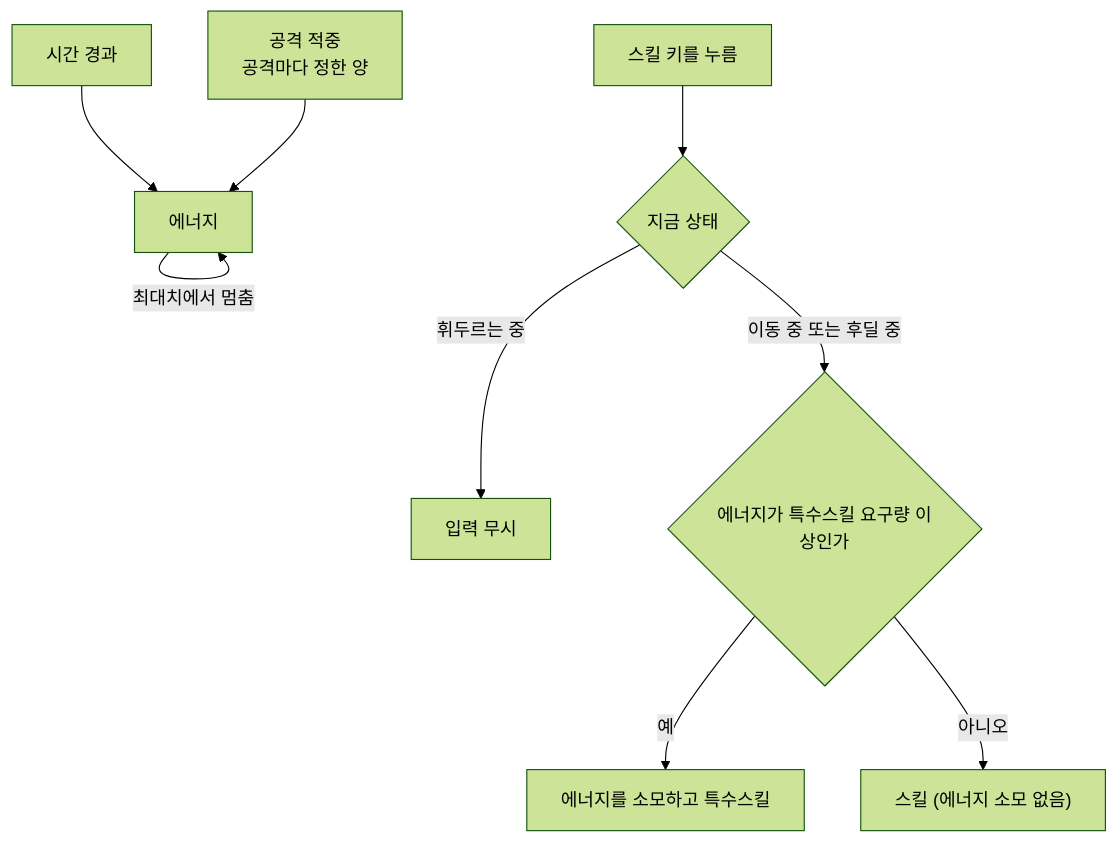
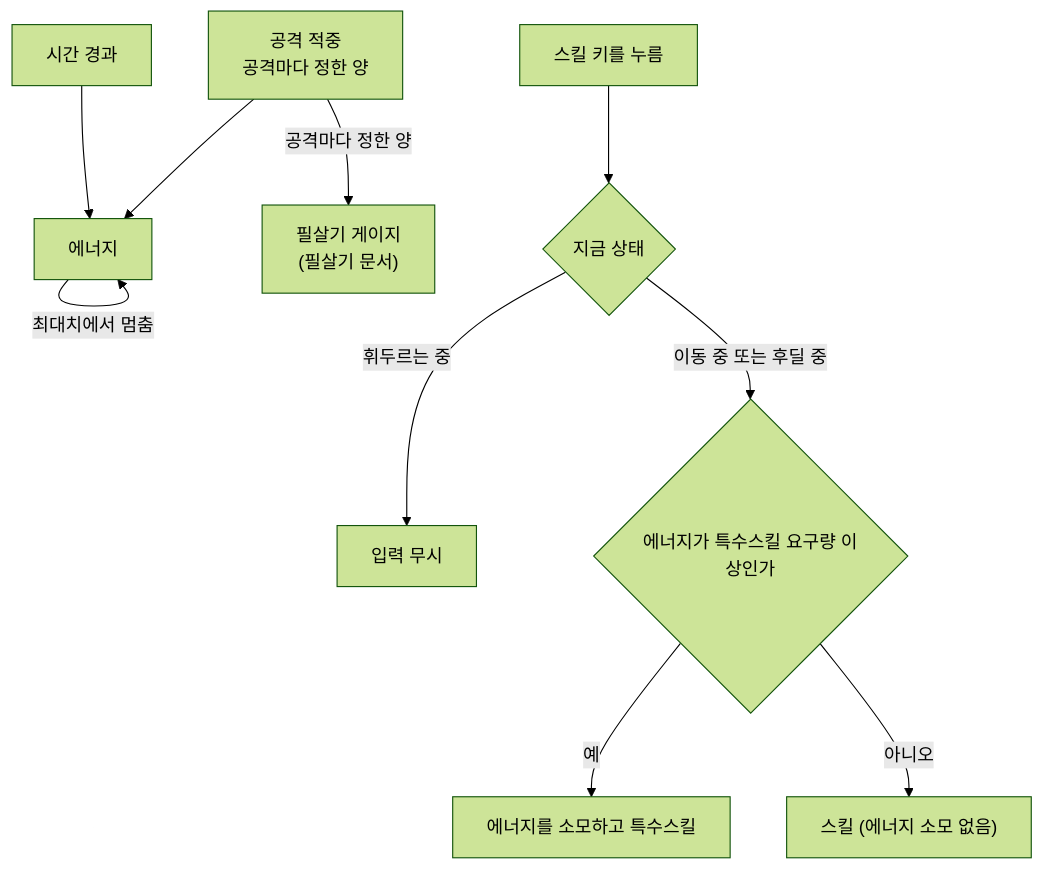
The fifth of 5 diagrams in Docs/Technical/Player/PlayerAttack.md (SquashPrince/Develrocket_mp15_HHH), drawn with Mermaid (forest theme) before and after one commit. The commit also changed other lines of this file and 6 other files, not shown here.

````diff
--- a/Docs/Technical/Player/PlayerAttack.md
+++ b/Docs/Technical/Player/PlayerAttack.md
@@ -128,11 +129,12 @@
 ```mermaid
 flowchart TD
     T["시간 경과"] --> E["에너지"]
     HIT["공격 적중<br>공격마다 정한 양"] --> E
+    HIT -->|"공격마다 정한 양"| UG["필살기 게이지<br>(필살기 문서)"]
     E -->|"최대치에서 멈춤"| E
     K["스킬 키를 누름"] --> W{"지금 상태"}
     W -->|"휘두르는 중"| X["입력 무시"]
     W -->|"이동 중 또는 후딜 중"| Q{"에너지가 특수스킬 요구량 이상인가"}
     Q -->|"예"| SP["에너지를 소모하고 특수스킬"]
     Q -->|"아니오"| SK["스킬 (에너지 소모 없음)"]
 ```
````
